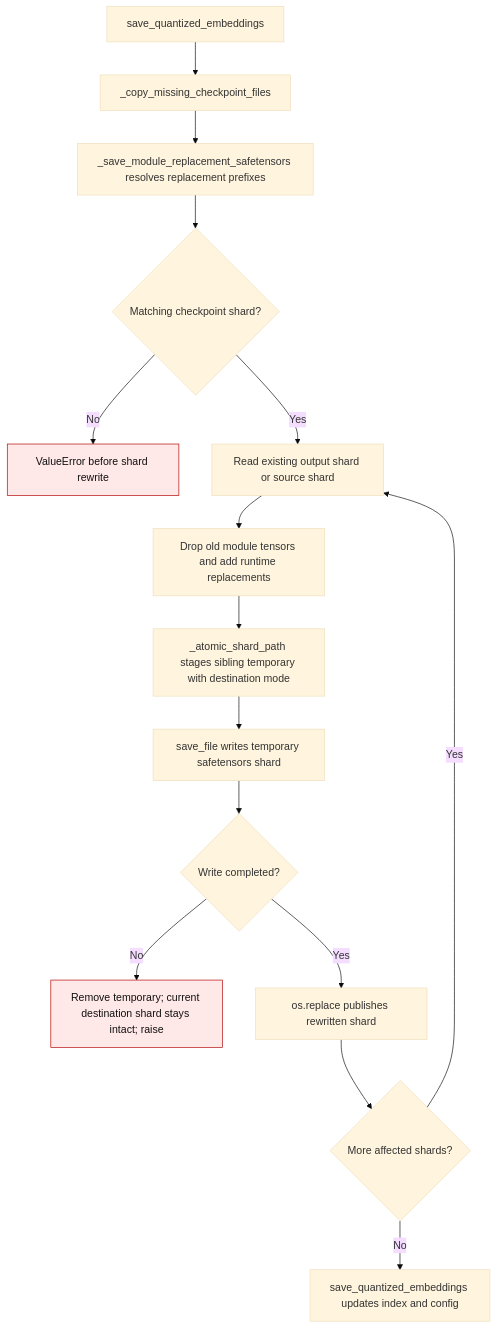
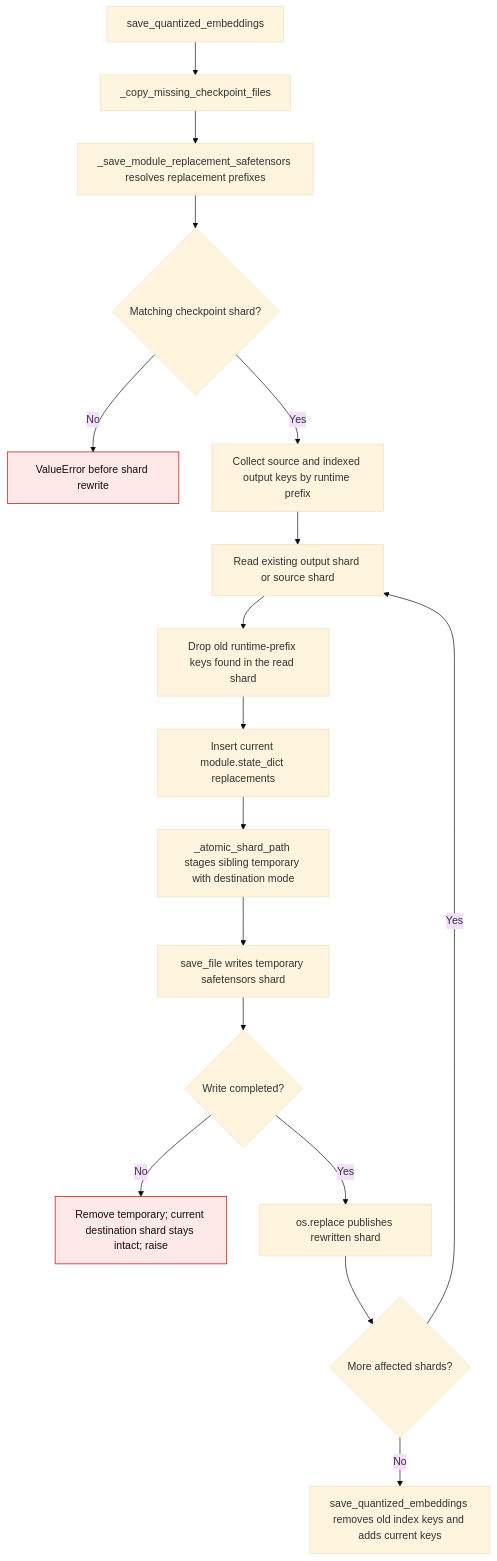
The diagram in docs/embedding-checkpoint-shard-replacement.md (ModelCloud/GPTQModel), drawn with Mermaid (base theme) before and after one commit. The commit also changed other lines of this file and 3 other files, not shown here.

Commit message:
fix(writer): drop stale replacement tensors on repeated save

````diff
--- a/docs/embedding-checkpoint-shard-replacement.md
+++ b/docs/embedding-checkpoint-shard-replacement.md
@@ -9,19 +12,21 @@
 ```mermaid
 flowchart TD
     A["save_quantized_embeddings"] --> B["_copy_missing_checkpoint_files"]
     B --> C["_save_module_replacement_safetensors resolves replacement prefixes"]
     C --> D{"Matching checkpoint shard?"}
     D -- No --> X["ValueError before shard rewrite"]
-    D -- Yes --> E["Read existing output shard or source shard"]
-    E --> F["Drop old module tensors and add runtime replacements"]
-    F --> G["_atomic_shard_path stages sibling temporary with destination mode"]
-    G --> H["save_file writes temporary safetensors shard"]
-    H --> I{"Write completed?"}
-    I -- No --> Y["Remove temporary; current destination shard stays intact; raise"]
-    I -- Yes --> J["os.replace publishes rewritten shard"]
-    J --> K{"More affected shards?"}
-    K -- Yes --> E
-    K -- No --> L["save_quantized_embeddings updates index and config"]
+    D -- Yes --> E["Collect source and indexed output keys by runtime prefix"]
+    E --> F["Read existing output shard or source shard"]
+    F --> G["Drop old runtime-prefix keys found in the read shard"]
+    G --> H["Insert current module.state_dict replacements"]
+    H --> I["_atomic_shard_path stages sibling temporary with destination mode"]
+    I --> J["save_file writes temporary safetensors shard"]
+    J --> K{"Write completed?"}
+    K -- No --> Y["Remove temporary; current destination shard stays intact; raise"]
+    K -- Yes --> L["os.replace publishes rewritten shard"]
+    L --> M{"More affected shards?"}
+    M -- Yes --> F
+    M -- No --> N["save_quantized_embeddings removes old index keys and adds current keys"]
     classDef failure fill:#ffe8e8,stroke:#b30000,color:#111;
     class X,Y failure;
 ```
````
